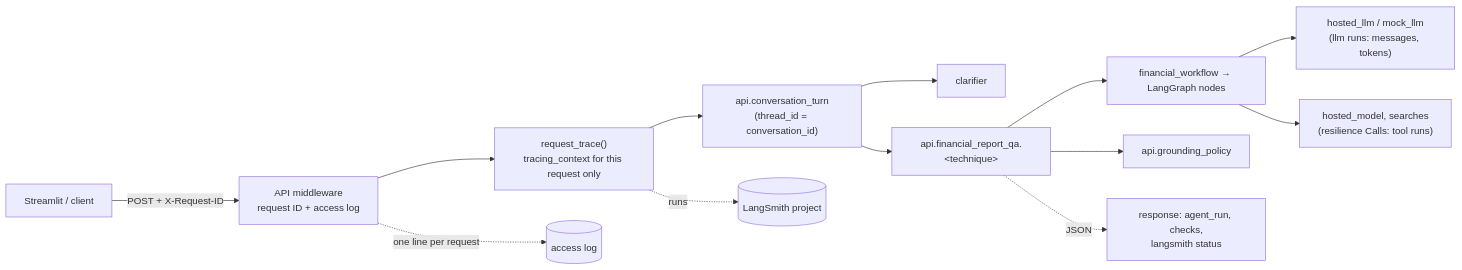
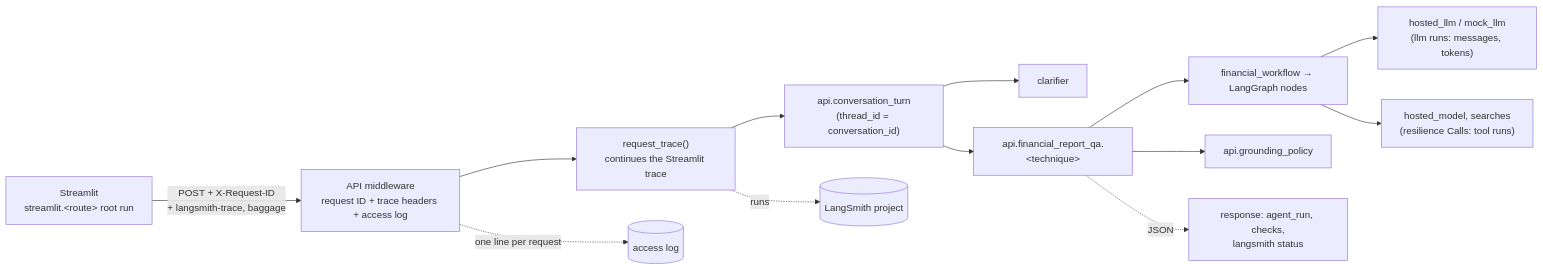
The diagram in docs/observability_langsmith.md (rama159065/Capstone), drawn with Mermaid before and after one commit. The commit also changed other lines of this file and 8 other files, not shown here.

````diff
--- a/docs/observability_langsmith.md
+++ b/docs/observability_langsmith.md
@@ -23,15 +23,15 @@
 ```mermaid
 flowchart LR
-    U[Streamlit / client] -->|"POST + X-Request-ID"| MW[API middleware<br/>request ID + access log]
-    MW --> RT["request_trace()<br/>tracing_context for this request only"]
+    U["Streamlit<br/>streamlit.#lt;route#gt; root run"] -->|"POST + X-Request-ID<br/>+ langsmith-trace, baggage"| MW[API middleware<br/>request ID + trace headers + access log]
+    MW --> RT["request_trace()<br/>continues the Streamlit trace"]
     RT --> CONV["api.conversation_turn<br/>(thread_id = conversation_id)"]
     CONV --> CLAR[clarifier]
     CONV --> CHAT["api.financial_report_qa.#lt;technique#gt;"]
     CHAT --> G["financial_workflow → LangGraph nodes"]
     G --> LLM["hosted_llm / mock_llm<br/>(llm runs: messages, tokens)"]
     G --> TOOLS["hosted_model, searches<br/>(resilience Calls: tool runs)"]
     CHAT --> GP[api.grounding_policy]
     RT -. runs .-> LS[(LangSmith project)]
     MW -. one line per request .-> LOG[(access log)]
     CHAT -. JSON .-> RESP["response: agent_run, checks,<br/>langsmith status"]
 ```
````
